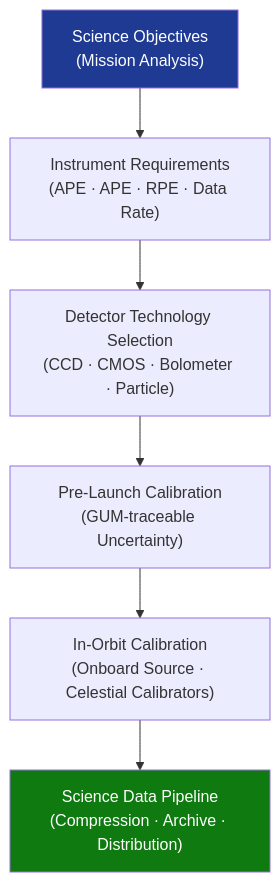
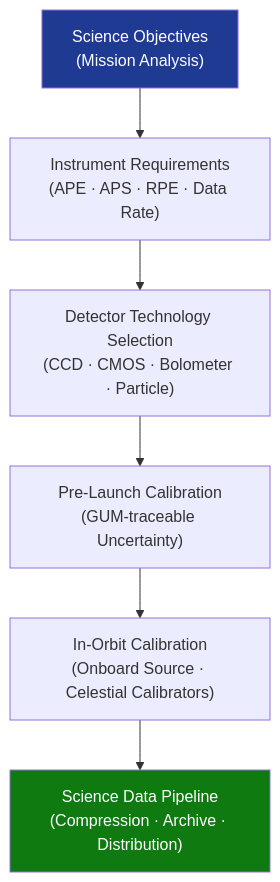
The diagram in Q+ATLANTIDE/100-199_STA/160-169_Sensores-y-Carga-Util-Espacial/160_Cargas-Utiles/003_Scientific-Payloads-and-Instruments.md (AmedeoPelliccia/Qplus-For-All-Queer-People-and-Quantum), drawn with Mermaid before and after one commit. The commit also changed other lines of this file, not shown here.

Commit message:
fix(STA-160-003): correct duplicate APE acronym to APS in pointing budget
Replace second 'APE' with 'APS' (Absolute Pointing Stability) in both
the scope bullet and the Mermaid diagram node for subsubject 003.

````diff
--- a/Q+ATLANTIDE/100-199_STA/160-169_Sensores-y-Carga-Util-Espacial/160_Cargas-Utiles/003_Scientific-Payloads-and-Instruments.md
+++ b/Q+ATLANTIDE/100-199_STA/160-169_Sensores-y-Carga-Util-Espacial/160_Cargas-Utiles/003_Scientific-Payloads-and-Instruments.md
@@ -45,12 +45,12 @@
 ```mermaid
 flowchart TD
     A["Science Objectives\n(Mission Analysis)"]:::first
-    A --> B["Instrument Requirements\n(APE · APE · RPE · Data Rate)"]
+    A --> B["Instrument Requirements\n(APE · APS · RPE · Data Rate)"]
     B --> C["Detector Technology Selection\n(CCD · CMOS · Bolometer · Particle)"]
     C --> D["Pre-Launch Calibration\n(GUM-traceable Uncertainty)"]
     D --> E["In-Orbit Calibration\n(Onboard Source · Celestial Calibrators)"]
     E --> F["Science Data Pipeline\n(Compression · Archive · Distribution)"]:::last
 
     classDef first fill:#1f3a93,color:#fff
     classDef last fill:#0f7a0f,color:#fff
 ```
````
